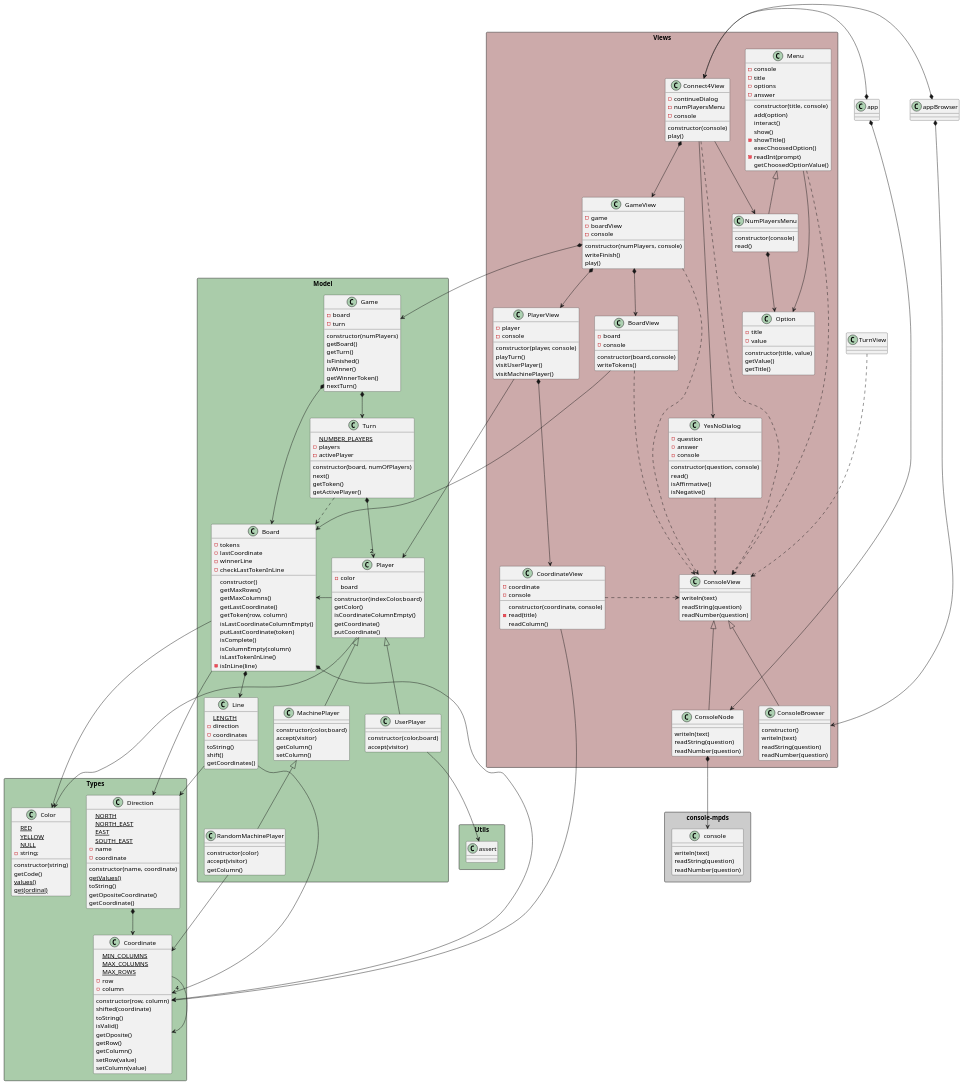
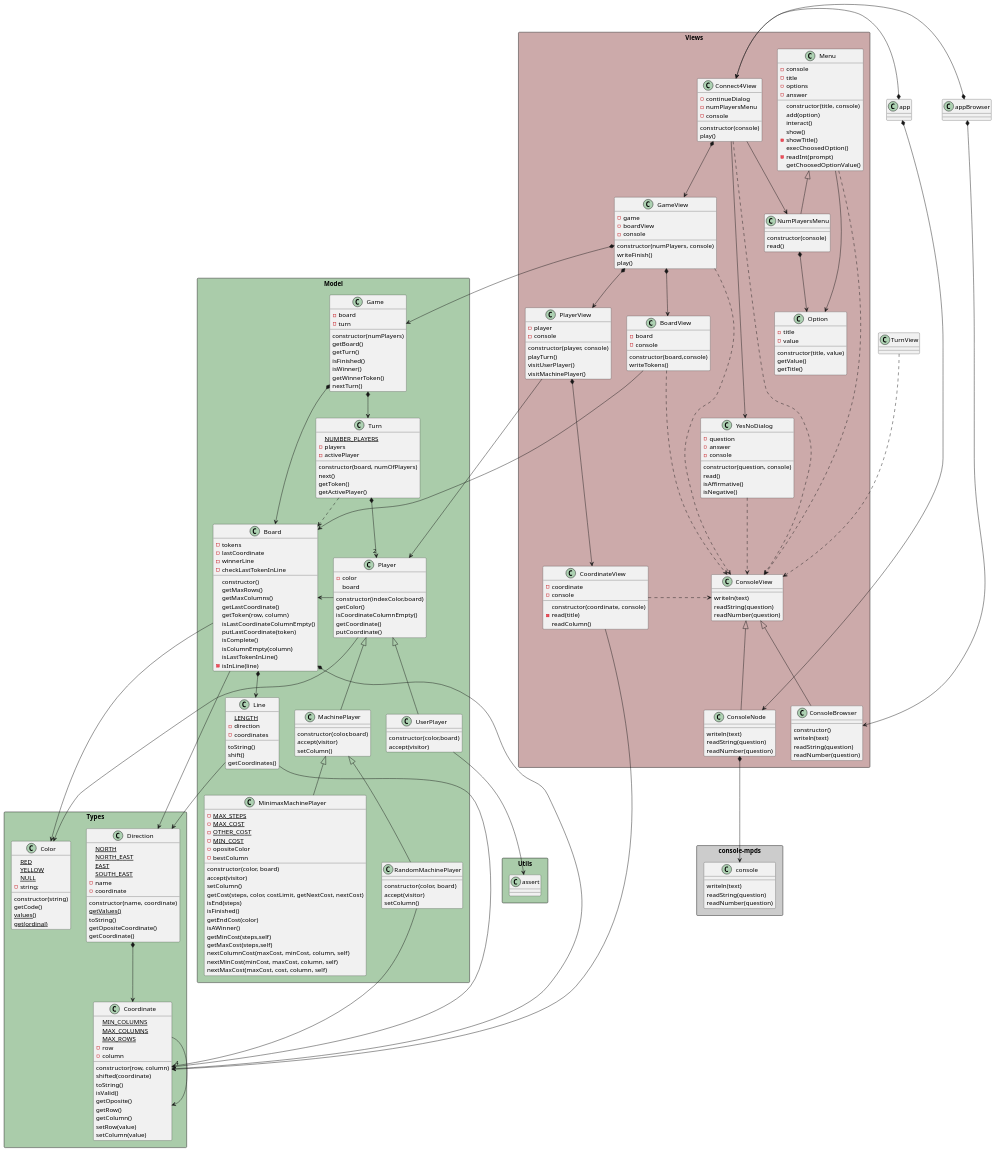
The diagram in game-connect4/docs/diagrams/objectOriented/classNotation/class diagram.plantuml (mpaulaherrero/escuelaIT), drawn with PlantUML before and after one commit. The commit also changed 1 other file, not shown here.

Commit message:
minimaxMachinePlayer class

```diff
--- a/game-connect4/docs/diagrams/objectOriented/classNotation/class diagram.plantuml
+++ b/game-connect4/docs/diagrams/objectOriented/classNotation/class diagram.plantuml
@@ -114,15 +114,36 @@
 
     class MachinePlayer extends Player{
         constructor(color,board)
-        accept(visitor)    
-        getColumn()
+        accept(visitor)
         setColumn()
     }    
 
     class RandomMachinePlayer extends MachinePlayer{
-        constructor(color)
+        constructor(color, board)
         accept(visitor)    
-        getColumn()
+        setColumn()
+    }  
+
+    class MinimaxMachinePlayer extends MachinePlayer{
+        {static} -MAX_STEPS
+        {static} -MAX_COST
+        {static} -OTHER_COST 
+        {static} -MIN_COST
+        -opositeColor
+        -bestColumn
+        constructor(color, board)
+        accept(visitor)    
+        setColumn()
+        getCost(steps, color, costLimit, getNextCost, nextCost)
+        isEnd(steps)
+        isFinished()
+        getEndCost(color)
+        isAWinner()
+        getMinCost(steps,self)
+        getMaxCost(steps,self)
+        nextColumnCost(maxCost, minCost, column, self)
+        nextMinCost(minCost, maxCost, column, self)
+        nextMaxCost(maxCost, cost, column, self)
     }  
 
     class Turn{
```
